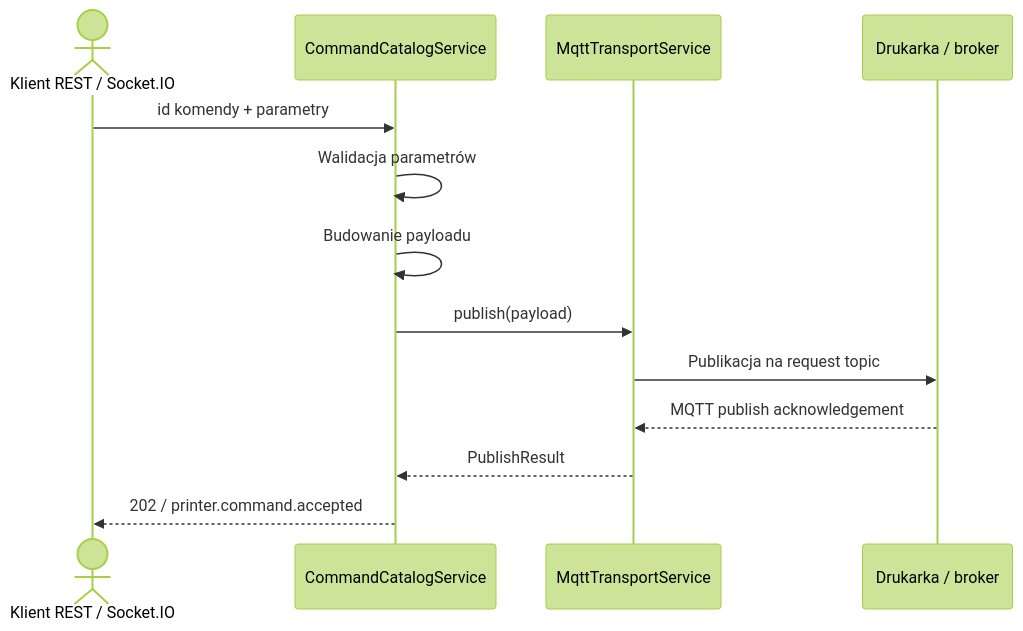
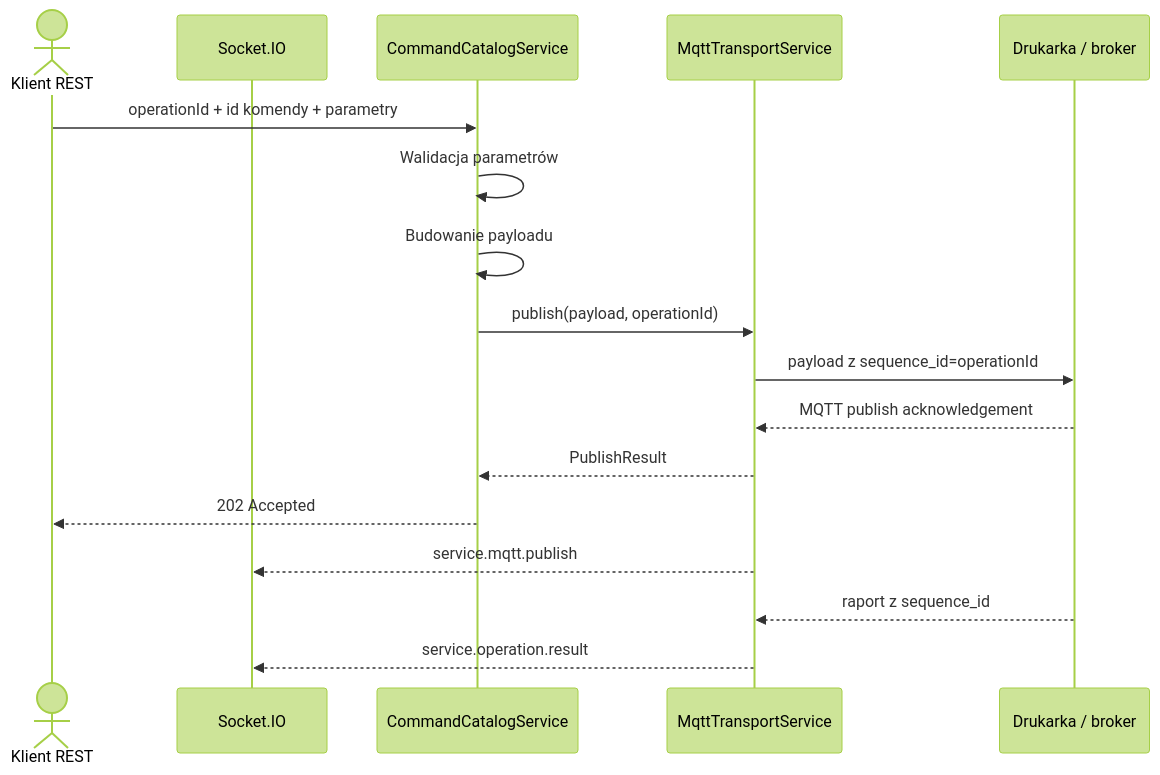
One commit to RobertNeat/CloudLess_Print_Bridge changed the third of 3 diagrams in apps/mqtt-puppeteer/docs/architecture.md. Above: the diagram before and after it, drawn with Mermaid (forest theme). The commit also changed other lines of this file and 43 other files, not shown here.

````diff
--- a/apps/mqtt-puppeteer/docs/architecture.md
+++ b/apps/mqtt-puppeteer/docs/architecture.md
@@ -278,16 +293,20 @@
 ```mermaid
 sequenceDiagram
-    actor Client as Klient REST / Socket.IO
+    actor Client as Klient REST
+    participant Socket as Socket.IO
     participant Catalog as CommandCatalogService
     participant MQTT as MqttTransportService
     participant Printer as Drukarka / broker
 
-    Client->>Catalog: id komendy + parametry
+    Client->>Catalog: operationId + id komendy + parametry
     Catalog->>Catalog: Walidacja parametrów
     Catalog->>Catalog: Budowanie payloadu
-    Catalog->>MQTT: publish(payload)
-    MQTT->>Printer: Publikacja na request topic
+    Catalog->>MQTT: publish(payload, operationId)
+    MQTT->>Printer: payload z sequence_id=operationId
     Printer-->>MQTT: MQTT publish acknowledgement
     MQTT-->>Catalog: PublishResult
-    Catalog-->>Client: 202 / printer.command.accepted
+    Catalog-->>Client: 202 Accepted
+    MQTT-->>Socket: service.mqtt.publish
+    Printer-->>MQTT: raport z sequence_id
+    MQTT-->>Socket: service.operation.result
 ```
````
